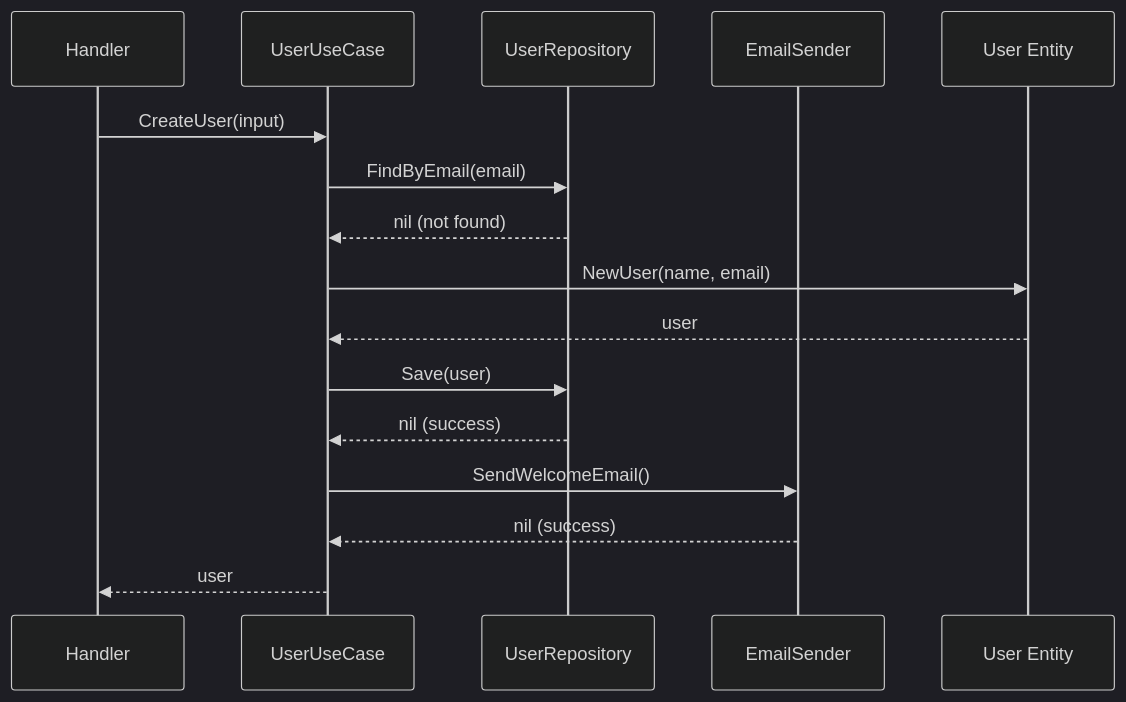
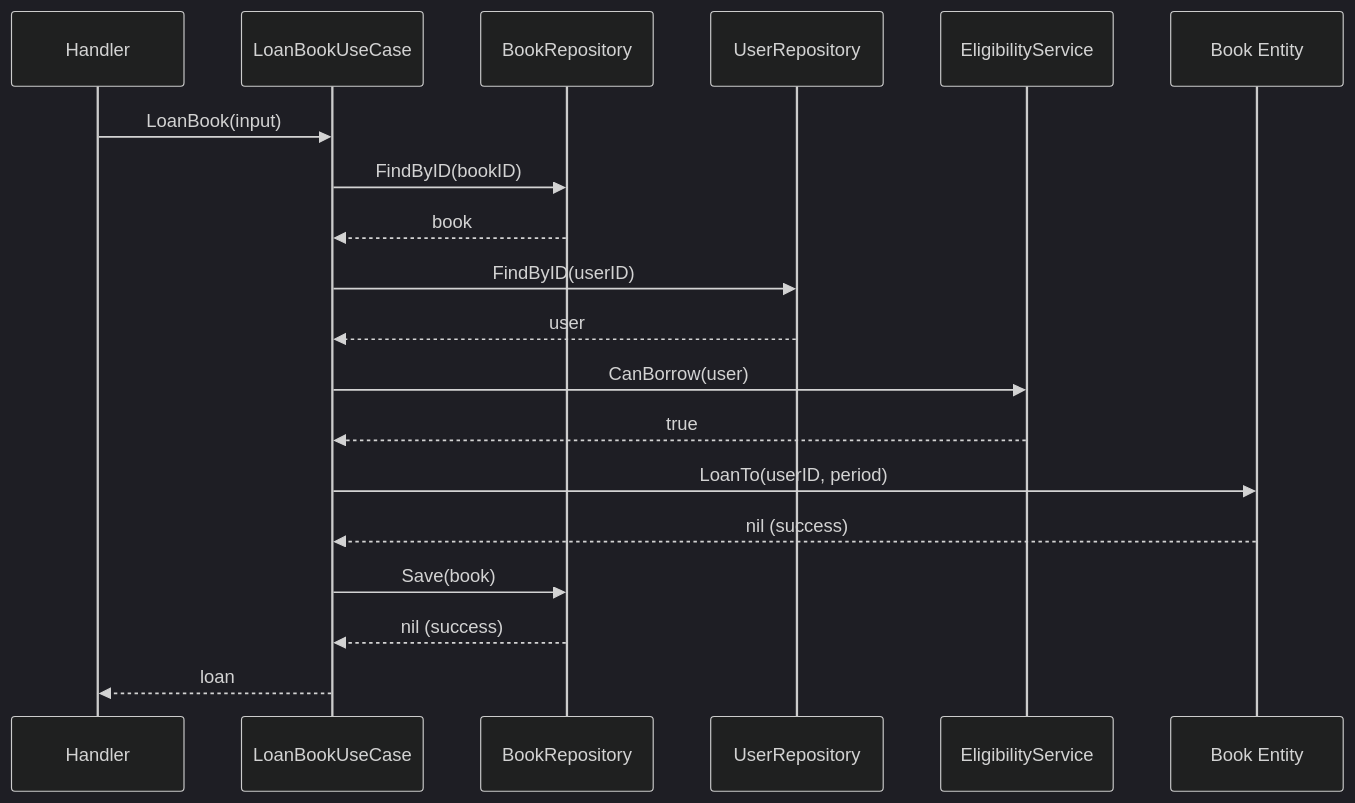
Before and after one commit to jonathanleahy/fullstack-monorepo: the diagram in backend/data/courses/hexagonal-architecture-building-maintainable-software/lessons/04-use-cases-orchestrating-operations/sublessons/01-anatomy-of-a-use-case/content.md, drawn with Mermaid (dark theme). The commit also changed other lines of this file and 50 other files, not shown here.

First line of the commit message:
chore: Update Hexagonal Architecture course content

````diff
--- a/backend/data/courses/hexagonal-architecture-building-maintainable-software/lessons/04-use-cases-orchestrating-operations/sublessons/01-anatomy-of-a-use-case/content.md
+++ b/backend/data/courses/hexagonal-architecture-building-maintainable-software/lessons/04-use-cases-orchestrating-operations/sublessons/01-anatomy-of-a-use-case/content.md
@@ -5,19 +9,22 @@
 ```mermaid
 sequenceDiagram
     participant Handler
-    participant UC as UserUseCase
-    participant Repo as UserRepository
-    participant Email as EmailSender
-    participant Entity as User Entity
+    participant UC as LoanBookUseCase
+    participant BookRepo as BookRepository
+    participant UserRepo as UserRepository
+    participant Eligibility as EligibilityService
+    participant Entity as Book Entity
 
-    Handler->>UC: CreateUser(input)
-    UC->>Repo: FindByEmail(email)
-    Repo-->>UC: nil (not found)
-    UC->>Entity: NewUser(name, email)
-    Entity-->>UC: user
-    UC->>Repo: Save(user)
-    Repo-->>UC: nil (success)
-    UC->>Email: SendWelcomeEmail()
-    Email-->>UC: nil (success)
-    UC-->>Handler: user
+    Handler->>UC: LoanBook(input)
+    UC->>BookRepo: FindByID(bookID)
+    BookRepo-->>UC: book
+    UC->>UserRepo: FindByID(userID)
+    UserRepo-->>UC: user
+    UC->>Eligibility: CanBorrow(user)
+    Eligibility-->>UC: true
+    UC->>Entity: LoanTo(userID, period)
+    Entity-->>UC: nil (success)
+    UC->>BookRepo: Save(book)
+    BookRepo-->>UC: nil (success)
+    UC-->>Handler: loan
 ```
````
